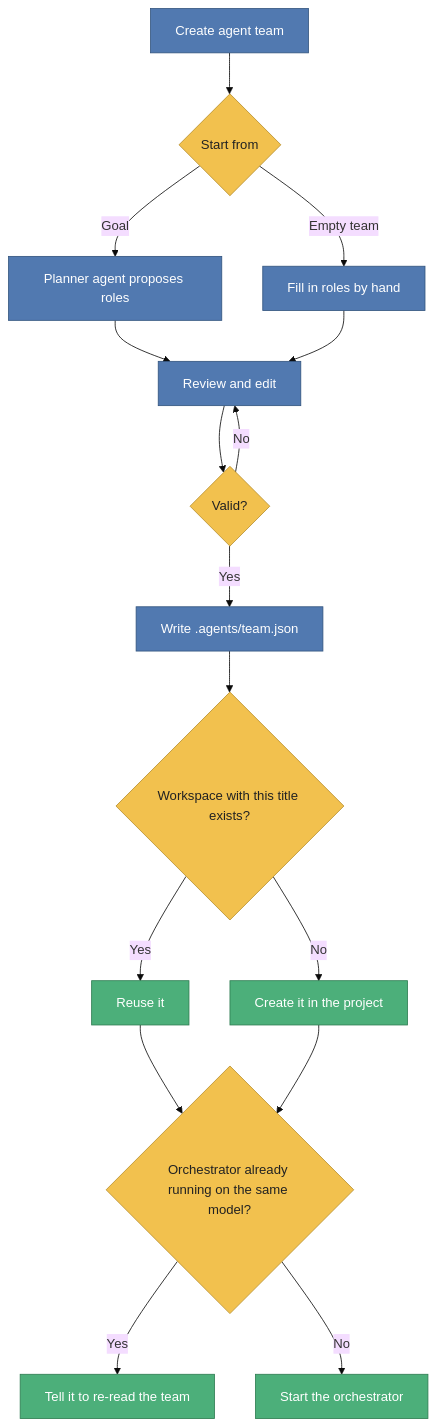
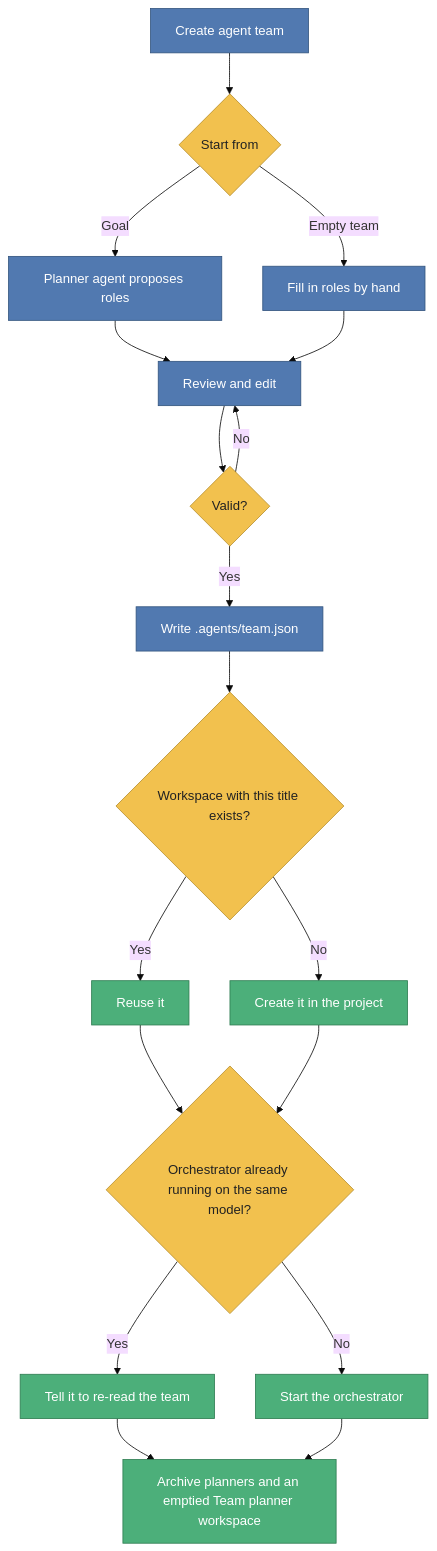
Before and after one commit to gyuha/paseo-agent-team: the diagram in README.md, drawn with Mermaid (base theme). The commit also changed other lines of this file and 9 other files, not shown here.

First line of the commit message:
Archive planner agents after a team is applied

````diff
--- a/README.md
+++ b/README.md
@@ -56,25 +58,27 @@
 ```mermaid
 flowchart TD
   A[Create agent team] --> B{Start from}
   B -->|Goal| C[Planner agent proposes roles]
   B -->|Empty team| D[Fill in roles by hand]
   C --> E[Review and edit]
   D --> E
   E --> F{Valid?}
   F -->|No| E
   F -->|Yes| G[Write .agents/team.json]
   G --> H{Workspace with this title exists?}
   H -->|Yes| I[Reuse it]
   H -->|No| J[Create it in the project]
   I --> K{Orchestrator already running on the same model?}
   J --> K
   K -->|Yes| L[Tell it to re-read the team]
   K -->|No| M[Start the orchestrator]
+  L --> N[Archive planners and an emptied Team planner workspace]
+  M --> N
 
   classDef action fill:#5179b0,stroke:#33557f,color:#ffffff
   classDef decision fill:#f2c14e,stroke:#b8902f,color:#222222
   classDef result fill:#4caf7a,stroke:#2f7d52,color:#ffffff
   class A,C,D,E,G action
   class B,F,H,K decision
-  class I,J,L,M result
+  class I,J,L,M,N result
 ```
````
